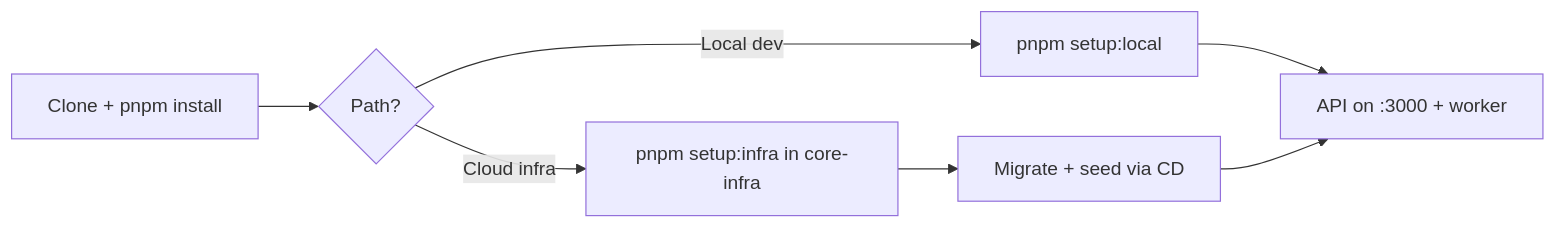
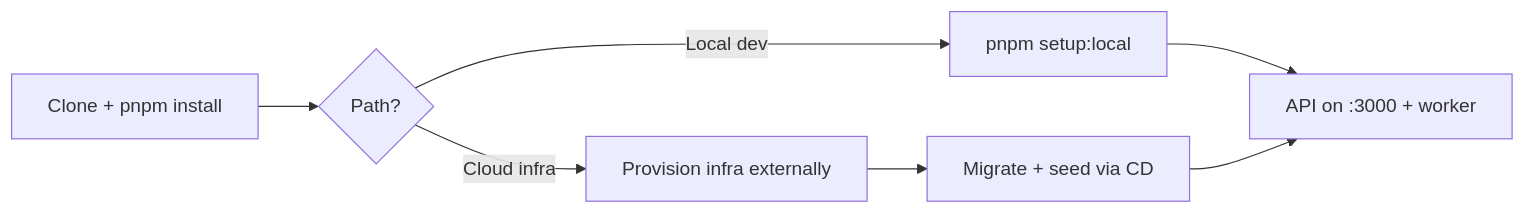
One commit to nikunjmavani/core-be changed the diagram in SETUP.md. Above: the diagram before and after it, drawn with Mermaid. The commit also changed other lines of this file and 23 other files, not shown here.

````diff
--- a/SETUP.md
+++ b/SETUP.md
@@ -30,8 +30,8 @@
 ```mermaid
 flowchart LR
   A[Clone + pnpm install] --> B{Path?}
   B -->|Local dev| C[pnpm setup:local]
-  B -->|Cloud infra| D[pnpm setup:infra in core-infra]
+  B -->|Cloud infra| D[Provision infra externally]
   C --> E[API on :3000 + worker]
   D --> F[Migrate + seed via CD] --> E
 ```
````
